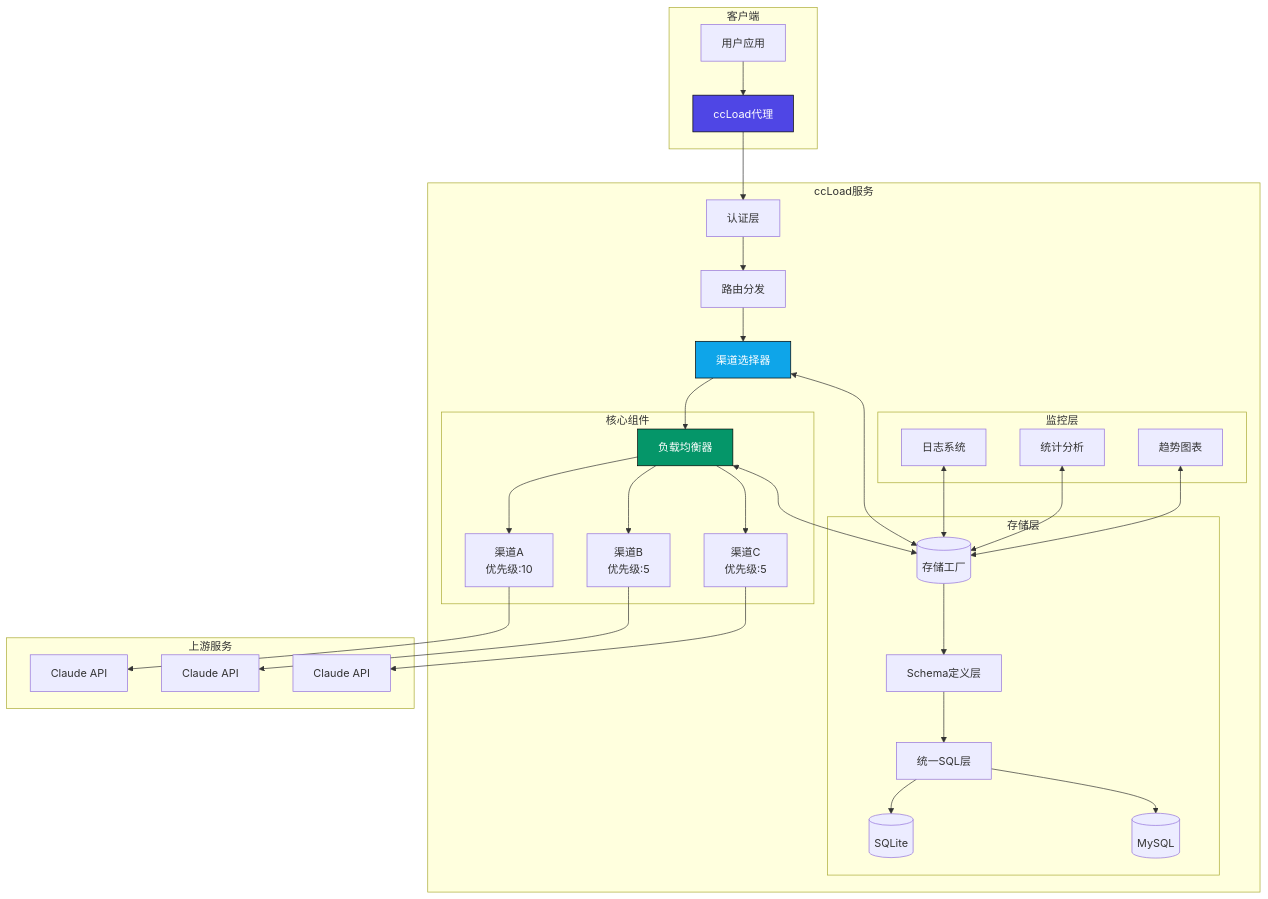
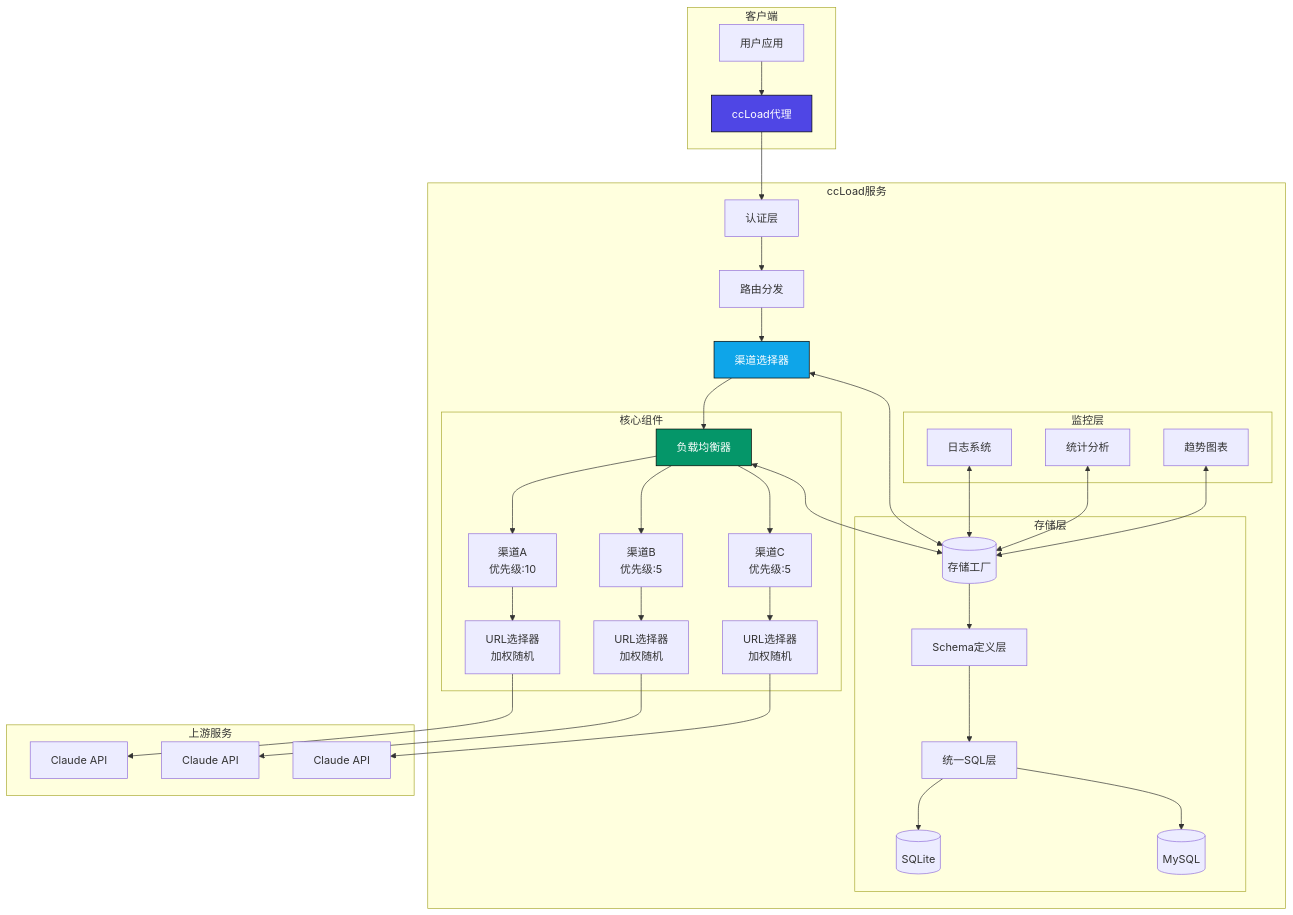
The diagram in README.md (caidaoli/ccLoad), drawn with Mermaid before and after one commit. The commit also changed other lines of this file and 6 other files, not shown here.

````diff
--- a/README.md
+++ b/README.md
@@ -70,53 +72,56 @@
 ```mermaid
 graph TB
     subgraph "客户端"
         A[用户应用] --> B[ccLoad代理]
     end
     
     subgraph "ccLoad服务"
         B --> C[认证层]
         C --> D[路由分发]
         D --> E[渠道选择器]
         E --> F[负载均衡器]
-        
+
         subgraph "核心组件"
             F --> G[渠道A<br/>优先级:10]
             F --> H[渠道B<br/>优先级:5]
             F --> I[渠道C<br/>优先级:5]
+            G --> G1[URL选择器<br/>加权随机]
+            H --> H1[URL选择器<br/>加权随机]
+            I --> I1[URL选择器<br/>加权随机]
         end
         
         subgraph "存储层"
             J[(存储工厂)]
             J3[Schema定义层]
             J4[统一SQL层]
             J1[(SQLite)]
             J2[(MySQL)]
             J --> J3
             J3 --> J4
             J4 --> J1
             J4 --> J2
         end
         
         subgraph "监控层"
             K[日志系统]
             L[统计分析]
             M[趋势图表]
         end
     end
     
     subgraph "上游服务"
-        G --> N[Claude API]
-        H --> O[Claude API]
-        I --> P[Claude API]
+        G1 --> N[Claude API]
+        H1 --> O[Claude API]
+        I1 --> P[Claude API]
     end
     
     E <--> J
     F <--> J
     K <--> J
     L <--> J
     M <--> J
     
     style B fill:#4F46E5,stroke:#000,color:#fff
     style F fill:#059669,stroke:#000,color:#fff
     style E fill:#0EA5E9,stroke:#000,color:#fff
 ```
````
